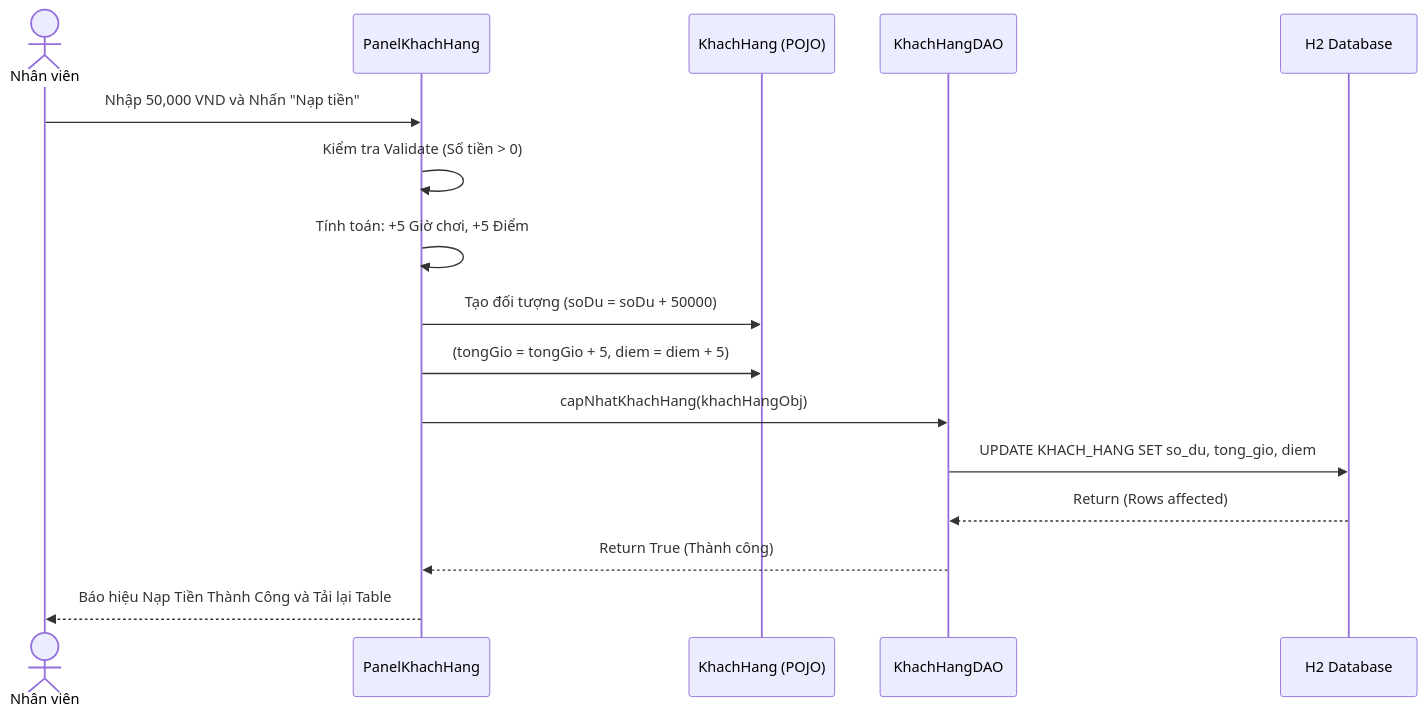
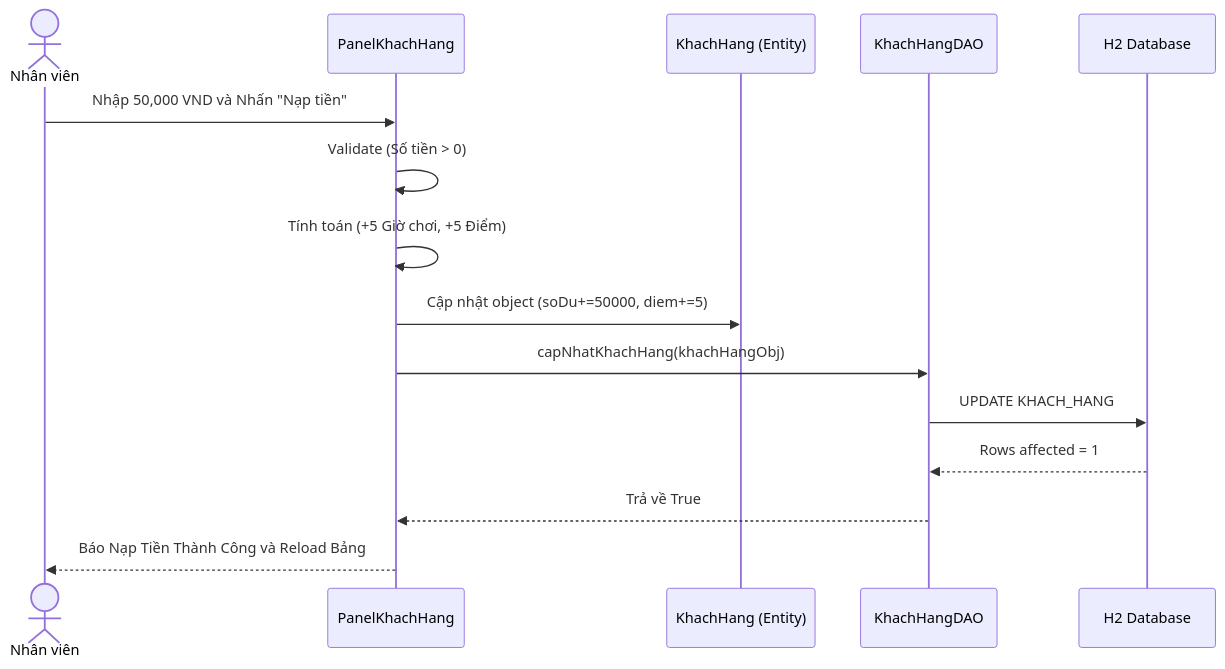
One commit to phhuyen1109/BTL changed the third of 4 diagrams in BaoCao_SAD_CyberNet/Chuong_2_Phan_Tich.md. Above: the diagram before and after it, drawn with Mermaid. The commit also changed other lines of this file and 3 other files, not shown here.

Commit message:
Bổ sung hàng loạt biểu đồ UML (Activity, State, Deployment)

````diff
--- a/BaoCao_SAD_CyberNet/Chuong_2_Phan_Tich.md
+++ b/BaoCao_SAD_CyberNet/Chuong_2_Phan_Tich.md
@@ -80,23 +82,22 @@
 ```mermaid
 sequenceDiagram
     actor Staff as Nhân viên
     participant View as PanelKhachHang
-    participant KH_Entity as KhachHang (POJO)
+    participant KH_Entity as KhachHang (Entity)
     participant DAO_KH as KhachHangDAO
     participant DB as H2 Database
 
     Staff->>View: Nhập 50,000 VND và Nhấn "Nạp tiền"
-    View->>View: Kiểm tra Validate (Số tiền > 0)
+    View->>View: Validate (Số tiền > 0)
     
-    View->>View: Tính toán: +5 Giờ chơi, +5 Điểm
+    View->>View: Tính toán (+5 Giờ chơi, +5 Điểm)
     
-    View->>KH_Entity: Tạo đối tượng (soDu = soDu + 50000)
-    View->>KH_Entity: (tongGio = tongGio + 5, diem = diem + 5)
+    View->>KH_Entity: Cập nhật object (soDu+=50000, diem+=5)
     
     View->>DAO_KH: capNhatKhachHang(khachHangObj)
-    DAO_KH->>DB: UPDATE KHACH_HANG SET so_du, tong_gio, diem
-    DB-->>DAO_KH: Return (Rows affected)
+    DAO_KH->>DB: UPDATE KHACH_HANG
+    DB-->>DAO_KH: Rows affected = 1
     
-    DAO_KH-->>View: Return True (Thành công)
-    View-->>Staff: Báo hiệu Nạp Tiền Thành Công và Tải lại Table
+    DAO_KH-->>View: Trả về True
+    View-->>Staff: Báo Nạp Tiền Thành Công và Reload Bảng
 ```
````
